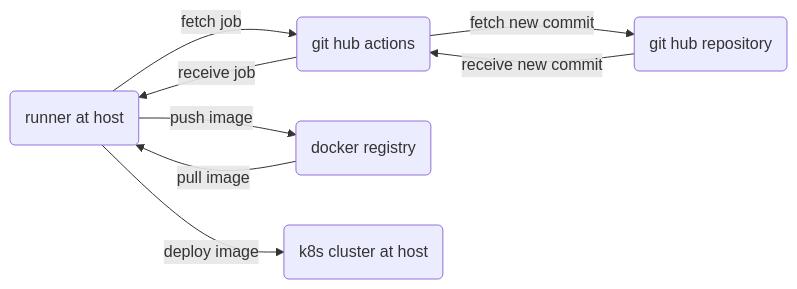
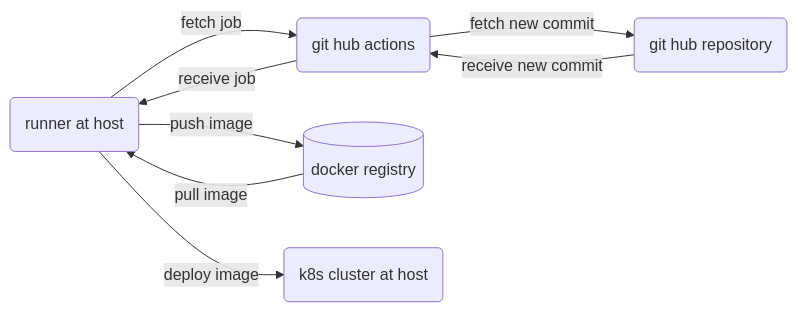
One commit to sauravdwivedi/GitHubActions changed the diagram in github-actions-k8s-fullstack/README.md. Above: the diagram before and after it, drawn with Mermaid. The commit also changed other lines of this file, not shown here.

````diff
--- a/github-actions-k8s-fullstack/README.md
+++ b/github-actions-k8s-fullstack/README.md
@@ -7,15 +7,15 @@
 ```mermaid
 flowchart LR
     A(runner at host)
     B(git hub actions)
     C(git hub repository)
-    D(docker registry)
+    D[(docker registry)]
     E(k8s cluster at host)
     A --> |fetch job| B
     B --> |fetch new commit| C
     C --> |receive new commit| B
     B --> |receive job| A
     A --> |push image| D
     D --> |pull image| A
     A --> |deploy image| E
 ```
````
